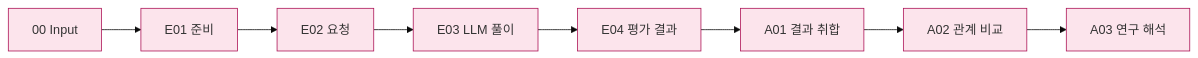
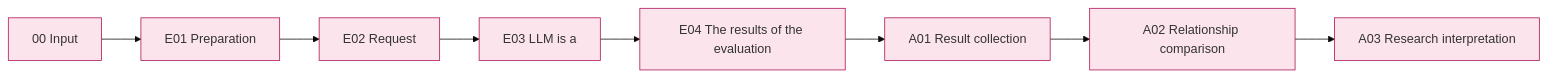
Before and after one commit to pnu-clink/finject: the diagram in src/finarch/documentation/templates/experiments.md, drawn with Mermaid (base theme). The commit also changed other lines of this file and 644 other files, not shown here.

````diff
--- a/src/finarch/documentation/templates/experiments.md
+++ b/src/finarch/documentation/templates/experiments.md
@@ -46,15 +46,15 @@
 ```mermaid
 flowchart LR
- I["00 Input"] --> E1["E01 준비"] --> E2["E02 요청"] --> E3["E03 LLM 풀이"] --> E4["E04 평가 결과"]
- E4 --> A1["A01 결과 취합"] --> A2["A02 관계 비교"] --> A3["A03 연구 해석"]
+ I["00 Input"] --> E1["E01 Preparation"] --> E2["E02 Request"] --> E3["E03 LLM is a"] --> E4["E04 The results of the evaluation"]
+ E4 --> A1["A01 Result collection"] --> A2["A02 Relationship comparison"] --> A3["A03 Research interpretation"]
  classDef detail fill:#fce4ec,stroke:#ad1457;
  class I,E1,E2,E3,E4,A1,A2,A3 detail;
- click I "00_input/README.md" "입력 상세"
- click E1 "01_evaluation/01_preparation/README.md" "준비 상세"
- click E2 "01_evaluation/02_request/README.md" "요청 상세"
- click E3 "01_evaluation/03_execution/README.md" "실행 상세"
- click E4 "01_evaluation/04_validation/README.md" "평가 상세"
- click A1 "02_analysis/01_results/README.md" "취합 상세"
- click A2 "02_analysis/02_comparison/README.md" "비교 상세"
- click A3 "02_analysis/03_research/README.md" "연구 상세"
+ click I "00_input/README.md" "Enter details"
+ click E1 "01_evaluation/01_preparation/README.md" "Ready for the details."
+ click E2 "01_evaluation/02_request/README.md" "Request details"
+ click E3 "01_evaluation/03_execution/README.md" "Detailed execution"
+ click E4 "01_evaluation/04_validation/README.md" "The evaluation details"
+ click A1 "02_analysis/01_results/README.md" "Details of the summary"
+ click A2 "02_analysis/02_comparison/README.md" "Comparison details"
+ click A3 "02_analysis/03_research/README.md" "Detailed research"
 ```
````
